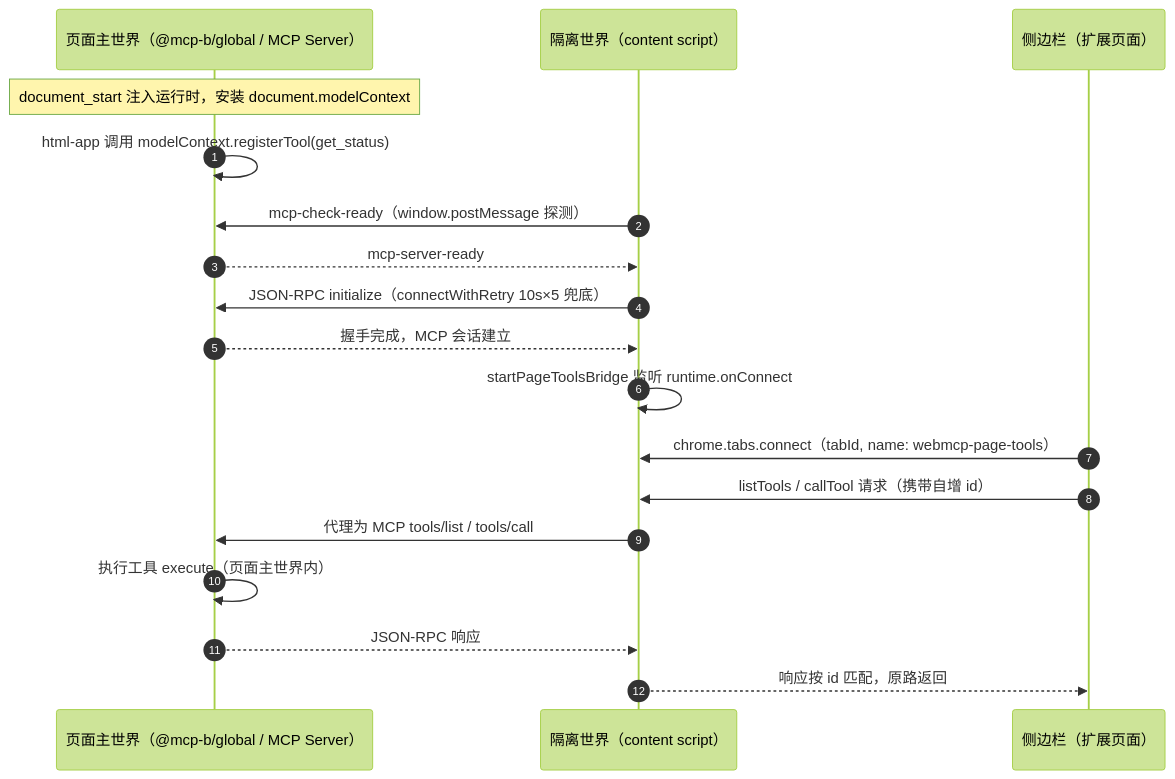
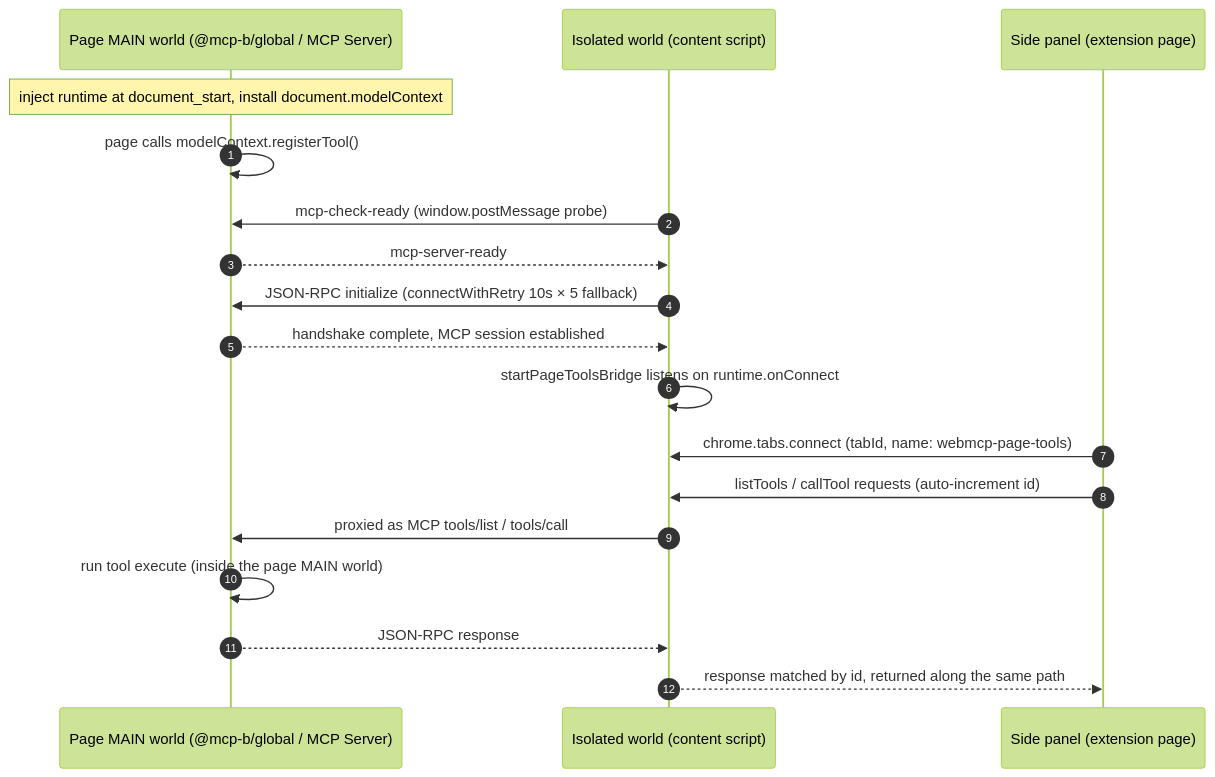
The second of 3 diagrams in README.md (jackdizhu/webmcp-example), drawn with Mermaid (forest theme) before and after one commit. The commit also changed other lines of this file and 1 other file, not shown here.

````diff
--- a/README.md
+++ b/README.md
@@ -95,21 +102,21 @@
 ```mermaid
 sequenceDiagram
     autonumber
-    participant MW as 页面主世界（@mcp-b/global / MCP Server）
-    participant CS as 隔离世界（content script）
-    participant SP as 侧边栏（扩展页面）
+    participant MW as Page MAIN world (@mcp-b/global / MCP Server)
+    participant CS as Isolated world (content script)
+    participant SP as Side panel (extension page)
 
-    Note over MW: document_start 注入运行时，安装 document.modelContext
-    MW->>MW: html-app 调用 modelContext.registerTool(get_status)
-    CS->>MW: mcp-check-ready（window.postMessage 探测）
+    Note over MW: inject runtime at document_start, install document.modelContext
+    MW->>MW: page calls modelContext.registerTool()
+    CS->>MW: mcp-check-ready (window.postMessage probe)
     MW-->>CS: mcp-server-ready
-    CS->>MW: JSON-RPC initialize（connectWithRetry 10s×5 兜底）
-    MW-->>CS: 握手完成，MCP 会话建立
-    CS->>CS: startPageToolsBridge 监听 runtime.onConnect
-    SP->>CS: chrome.tabs.connect（tabId, name: webmcp-page-tools）
-    SP->>CS: listTools / callTool 请求（携带自增 id）
-    CS->>MW: 代理为 MCP tools/list / tools/call
-    MW->>MW: 执行工具 execute（页面主世界内）
-    MW-->>CS: JSON-RPC 响应
-    CS-->>SP: 响应按 id 匹配，原路返回
+    CS->>MW: JSON-RPC initialize (connectWithRetry 10s × 5 fallback)
+    MW-->>CS: handshake complete, MCP session established
+    CS->>CS: startPageToolsBridge listens on runtime.onConnect
+    SP->>CS: chrome.tabs.connect (tabId, name: webmcp-page-tools)
+    SP->>CS: listTools / callTool requests (auto-increment id)
+    CS->>MW: proxied as MCP tools/list / tools/call
+    MW->>MW: run tool execute (inside the page MAIN world)
+    MW-->>CS: JSON-RPC response
+    CS-->>SP: response matched by id, returned along the same path
 ```
````
